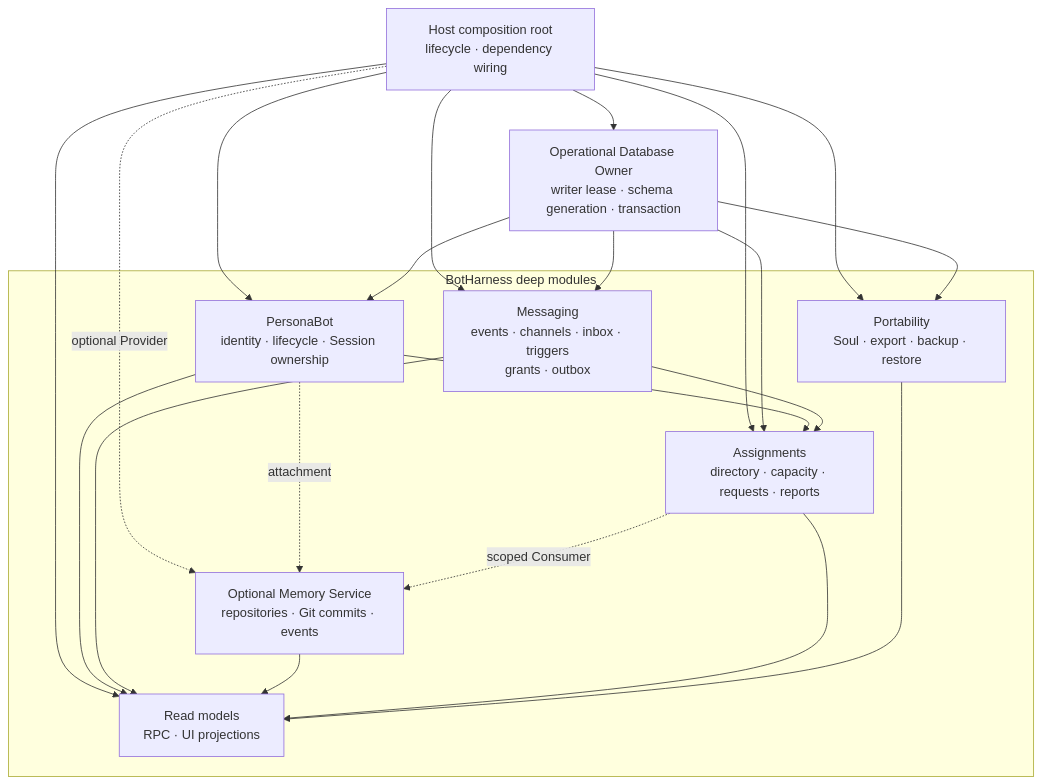
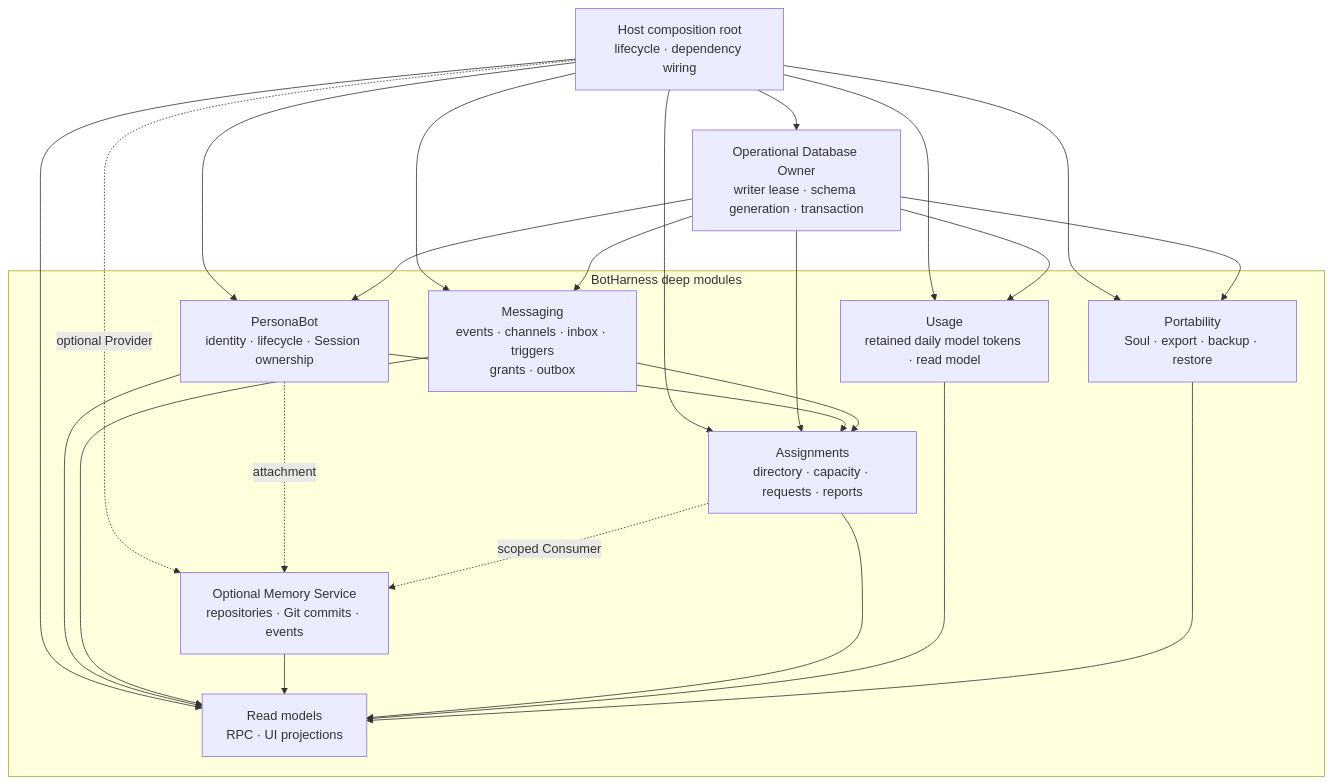
The second of 6 diagrams in docs/architecture/botharness-architecture.en.md (BotHarness/BotHarness), drawn with Mermaid before and after one commit. The commit also changed 1 other file, not shown here.

Commit message:
Show retained usage ownership in architecture diagram
Issue: #488

Issue: #39

Agent-Task: codex/local/01a0e445-0c0f-70e1-bad4-fd99c8cfaa21

````diff
--- a/docs/architecture/botharness-architecture.en.md
+++ b/docs/architecture/botharness-architecture.en.md
@@ -76,35 +76,39 @@
 ```mermaid
 flowchart TB
   Root["Host composition root<br/>lifecycle · dependency wiring"]
   DB["Operational Database Owner<br/>writer lease · schema generation · transaction"]
 
   subgraph Modules["BotHarness deep modules"]
     Bots["PersonaBot<br/>identity · lifecycle · Session ownership"]
     Memory["Optional Memory Service<br/>repositories · Git commits · events"]
     Msg["Messaging<br/>events · channels · inbox · triggers<br/>grants · outbox"]
     Assignments["Assignments<br/>directory · capacity · requests · reports"]
+    Usage["Usage<br/>retained daily model tokens · read model"]
     Portable["Portability<br/>Soul · export · backup · restore"]
     Views["Read models<br/>RPC · UI projections"]
   end
 
   Root --> DB
   Root --> Bots
   Root -. optional Provider .-> Memory
   Root --> Msg
   Root --> Assignments
+  Root --> Usage
   Root --> Portable
   Root --> Views
   DB --> Bots
   DB --> Msg
   DB --> Assignments
+  DB --> Usage
   DB --> Portable
   Bots -. attachment .-> Memory
   Bots --> Assignments
   Msg --> Assignments
   Bots --> Views
   Msg --> Views
   Assignments -. scoped Consumer .-> Memory
   Memory --> Views
   Assignments --> Views
+  Usage --> Views
   Portable --> Views
 ```
````
